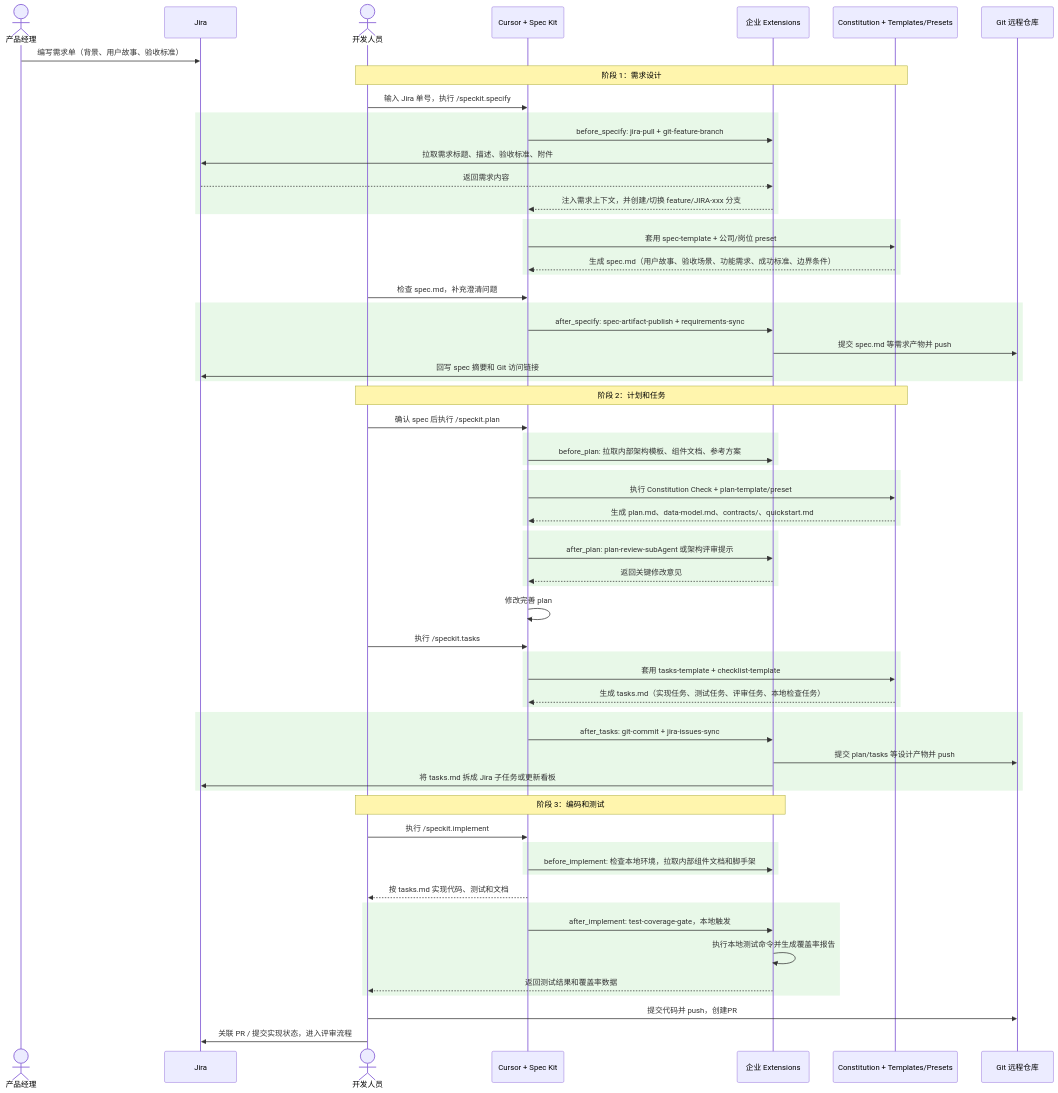
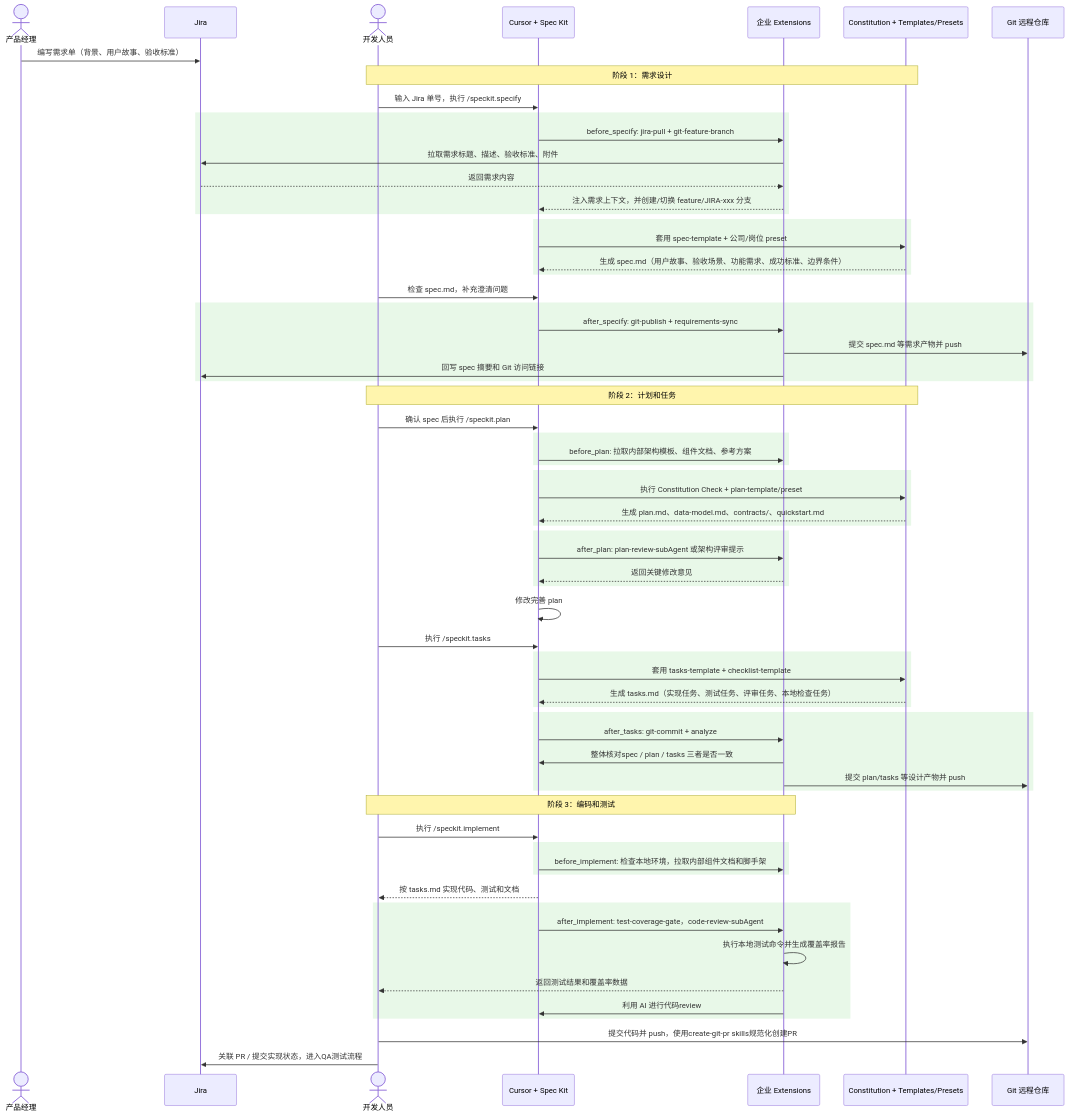
Before and after one commit to 9527dong/spec-kit: the first of 3 diagrams in docs/ai-coding-plan.md, drawn with Mermaid. The commit also changed other lines of this file, not shown here.

First line of the commit message:
refactor: update AI coding plan with new hooks and extensions

````diff
--- a/docs/ai-coding-plan.md
+++ b/docs/ai-coding-plan.md
@@ -11,70 +11,72 @@
 ```mermaid
 sequenceDiagram
     actor PM as 产品经理
     participant Jira as Jira
     actor Dev as 开发人员
     participant Cursor as Cursor + Spec Kit
     participant Ext as 企业 Extensions
     participant Templates as Constitution + Templates/Presets
     participant Git as Git 远程仓库
 
     PM->>Jira: 编写需求单（背景、用户故事、验收标准）
 
     Note over Dev,Templates: 阶段 1：需求设计
     Dev->>Cursor: 输入 Jira 单号，执行 /speckit.specify
     rect rgb(232, 248, 232)
     Cursor->>Ext: before_specify: jira-pull + git-feature-branch
     Ext->>Jira: 拉取需求标题、描述、验收标准、附件
     Jira-->>Ext: 返回需求内容
     Ext-->>Cursor: 注入需求上下文，并创建/切换 feature/JIRA-xxx 分支
     end
     rect rgb(232, 248, 232)
     Cursor->>Templates: 套用 spec-template + 公司/岗位 preset
     Templates-->>Cursor: 生成 spec.md（用户故事、验收场景、功能需求、成功标准、边界条件）
     end
     Dev->>Cursor: 检查 spec.md，补充澄清问题
     rect rgb(232, 248, 232)
-    Cursor->>Ext: after_specify: spec-artifact-publish + requirements-sync
+    Cursor->>Ext: after_specify: git-publish + requirements-sync
     Ext->>Git: 提交 spec.md 等需求产物并 push
     Ext->>Jira: 回写 spec 摘要和 Git 访问链接
     end
 
     Note over Dev,Templates: 阶段 2：计划和任务
     Dev->>Cursor: 确认 spec 后执行 /speckit.plan
     rect rgb(232, 248, 232)
     Cursor->>Ext: before_plan: 拉取内部架构模板、组件文档、参考方案
     end
     rect rgb(232, 248, 232)
     Cursor->>Templates: 执行 Constitution Check + plan-template/preset
     Templates-->>Cursor: 生成 plan.md、data-model.md、contracts/、quickstart.md
     end
     rect rgb(232, 248, 232)
     Cursor->>Ext: after_plan: plan-review-subAgent 或架构评审提示
     Ext-->>Cursor: 返回关键修改意见
     end
     Cursor->>Cursor: 修改完善 plan
     Dev->>Cursor: 执行 /speckit.tasks
     rect rgb(232, 248, 232)
     Cursor->>Templates: 套用 tasks-template + checklist-template
     Templates-->>Cursor: 生成 tasks.md（实现任务、测试任务、评审任务、本地检查任务）
     end
     rect rgb(232, 248, 232)
-    Cursor->>Ext: after_tasks: git-commit + jira-issues-sync
+    Cursor->>Ext: after_tasks: git-commit + analyze
+	Ext->>Cursor: 整体核对spec / plan / tasks 三者是否一致
     Ext->>Git: 提交 plan/tasks 等设计产物并 push
-    Ext->>Jira: 将 tasks.md 拆成 Jira 子任务或更新看板
+
     end
 
     Note over Dev,Ext: 阶段 3：编码和测试
     Dev->>Cursor: 执行 /speckit.implement
     rect rgb(232, 248, 232)
     Cursor->>Ext: before_implement: 检查本地环境，拉取内部组件文档和脚手架
     end
     Cursor-->>Dev: 按 tasks.md 实现代码、测试和文档
     rect rgb(232, 248, 232)
-    Cursor->>Ext: after_implement: test-coverage-gate，本地触发
+    Cursor->>Ext: after_implement: test-coverage-gate，code-review-subAgent
     Ext->>Ext: 执行本地测试命令并生成覆盖率报告
     Ext-->>Dev: 返回测试结果和覆盖率数据
+	Ext->>Cursor: 利用 AI 进行代码review
     end
-    Dev->>Git: 提交代码并 push，创建PR
-    Dev->>Jira: 关联 PR / 提交实现状态，进入评审流程
+    Dev->>Git: 提交代码并 push，使用create-git-pr skills规范化创建PR
+    Dev->>Jira: 关联 PR / 提交实现状态，进入QA测试流程
 ```
````
